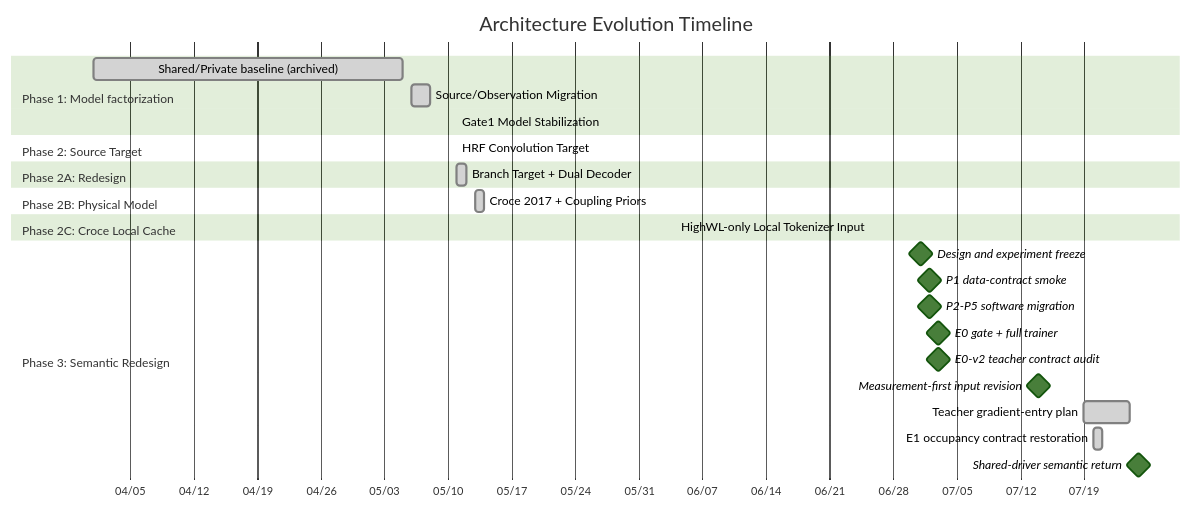
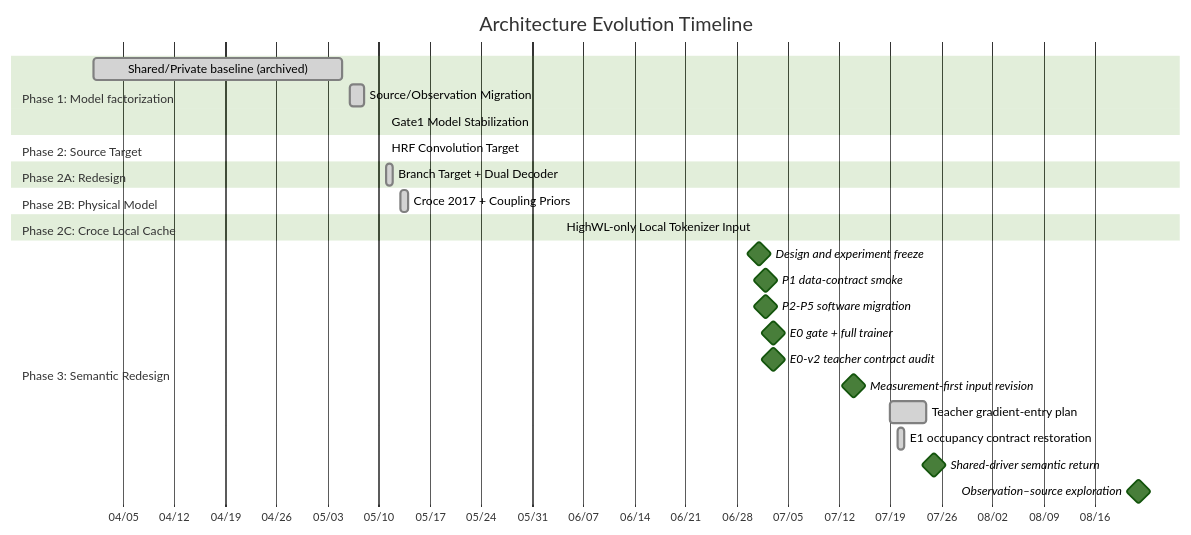
Before and after one commit to Kevin65536/PID-MCM: the diagram in docs/architecture_changelog/INDEX.md, drawn with Mermaid (forest theme). The commit also changed other lines of this file and 28 other files, not shown here.

````diff
--- a/docs/architecture_changelog/INDEX.md
+++ b/docs/architecture_changelog/INDEX.md
@@ -18,30 +19,31 @@
 ```mermaid
 gantt
     accTitle: Architecture evolution timeline
     accDescr: The source observation lineage is complete through the Croce local runtime, followed by a planned physiology semantic tokenizer redesign.
     title Architecture Evolution Timeline
     dateFormat  YYYY-MM-DD
     axisFormat  %m/%d
     section Phase 1: Model factorization
         Shared/Private baseline (archived) :done, 2026-04-01, 2026-05-05
         Source/Observation Migration      :done, 2026-05-06, 2026-05-08
         Gate1 Model Stabilization         :done, 2026-05-11, 2026-05-11
     section Phase 2: Source Target
         HRF Convolution Target            :done, 2026-05-11, 2026-05-11
     section Phase 2A: Redesign
         Branch Target + Dual Decoder      :done, 2026-05-11, 2026-05-12
     section Phase 2B: Physical Model
         Croce 2017 + Coupling Priors      :done, 2026-05-13, 2026-05-14
     section Phase 2C: Croce Local Cache
         HighWL-only Local Tokenizer Input :done, 2026-06-04, 2026-06-04
     section Phase 3: Semantic Redesign
         Design and experiment freeze      :milestone, 2026-07-01, 0d
         P1 data-contract smoke            :milestone, 2026-07-02, 0d
         P2-P5 software migration          :milestone, 2026-07-02, 0d
         E0 gate + full trainer             :milestone, 2026-07-03, 0d
         E0-v2 teacher contract audit       :milestone, 2026-07-03, 0d
         Measurement-first input revision   :milestone, 2026-07-14, 0d
         Teacher gradient-entry plan        :done, 2026-07-19, 5d
         E1 occupancy contract restoration  :done, 2026-07-20, 1d
         Shared-driver semantic return      :milestone, 2026-07-25, 0d
+        Observation–source exploration      :milestone, 2026-08-22, 0d
 ```
````
